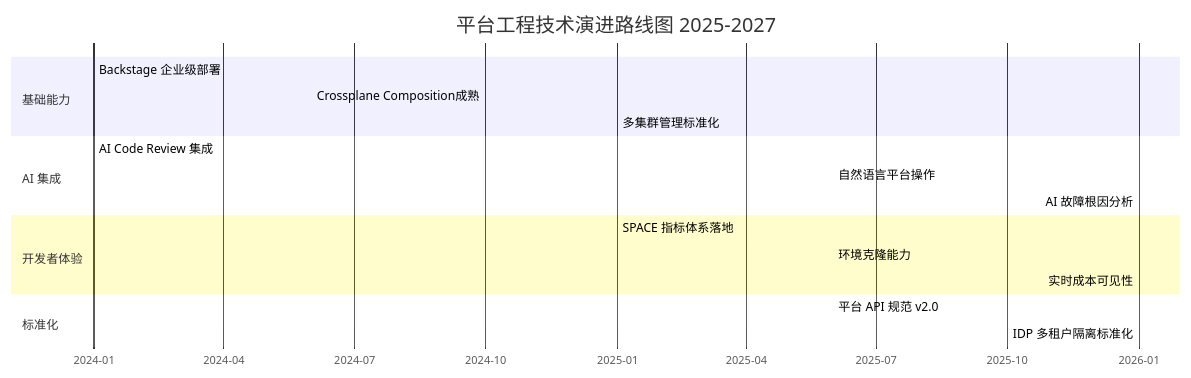
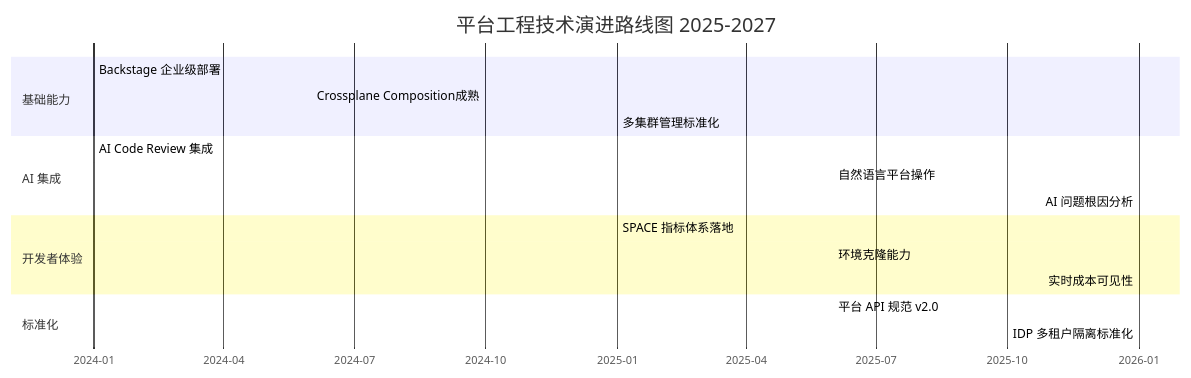
One commit to kudig-io/kudig-database changed diagram 11 of 11 in domain-19-landscape-references/02-papers/21-kubernetes-platform-engineering-internal-developer-platform.md. Above: the diagram before and after it, drawn with Mermaid. The commit also changed other lines of this file and 1236 other files, not shown here.

````diff
--- a/domain-19-landscape-references/02-papers/21-kubernetes-platform-engineering-internal-developer-platform.md
+++ b/domain-19-landscape-references/02-papers/21-kubernetes-platform-engineering-internal-developer-platform.md
@@ -2129,25 +2129,25 @@
 ```mermaid
 gantt
     title 平台工程技术演进路线图 2025-2027
     dateFormat  YYYY-Q[Q]
     axisFormat  %Y-%m
 
     section 基础能力
     Backstage 企业级部署          :done,    2024-01-01, 2024-12-31
     Crossplane Composition成熟    :done,    2024-06-01, 2025-03-31
     多集群管理标准化               :active,  2025-01-01, 2025-12-31
 
     section AI 集成
     AI Code Review 集成           :done,    2024-01-01, 2024-12-31
     自然语言平台操作               :active,  2025-06-01, 2026-06-30
-    AI 故障根因分析               :         2026-01-01, 2026-12-31
+    AI 问题根因分析               :         2026-01-01, 2026-12-31
 
     section 开发者体验
     SPACE 指标体系落地            :active,  2025-01-01, 2025-12-31
     环境克隆能力                  :active,  2025-06-01, 2026-03-31
     实时成本可见性                :         2026-01-01, 2026-12-31
 
     section 标准化
     平台 API 规范 v2.0            :         2025-06-01, 2026-06-30
     IDP 多租户隔离标准化           :         2026-01-01, 2026-12-31
 ```
````
